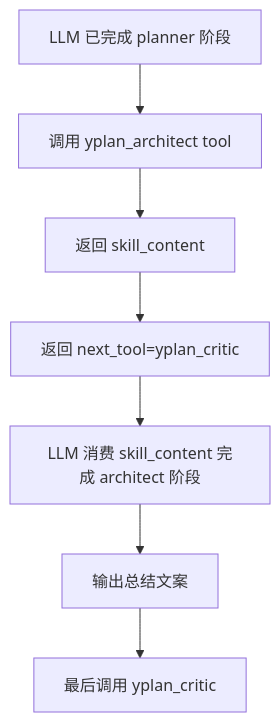
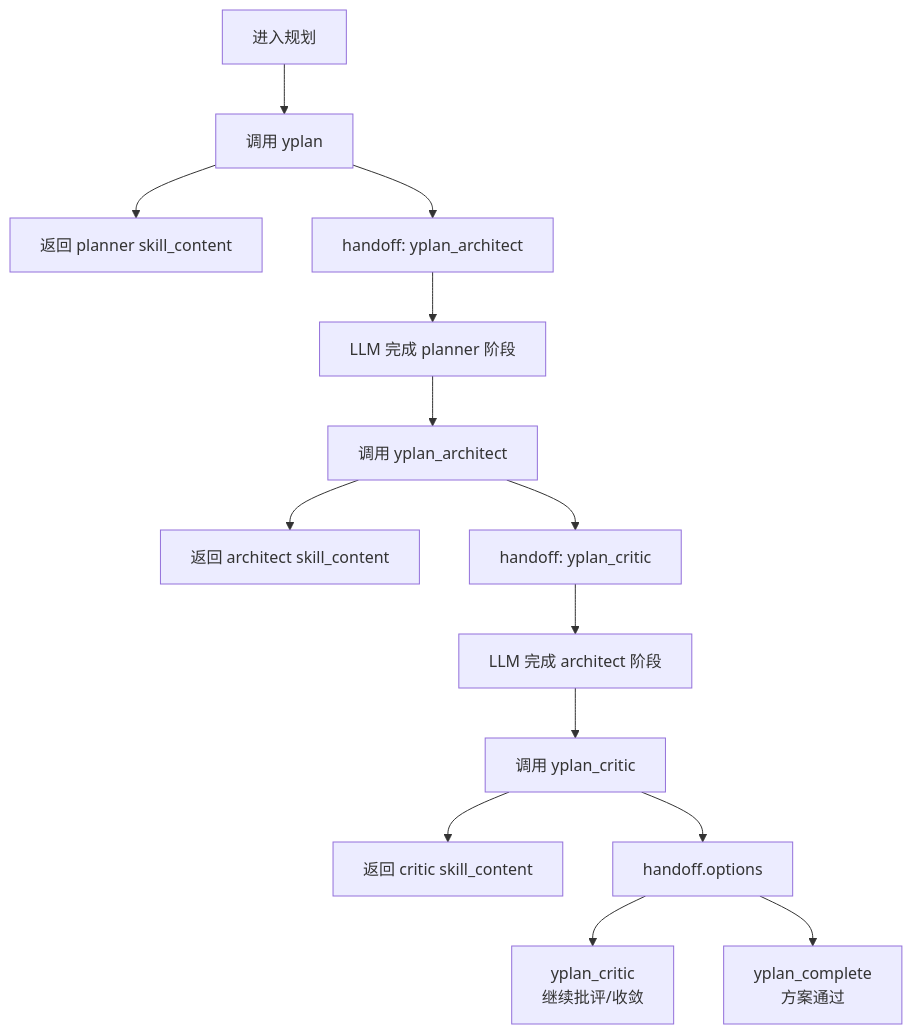
One commit to CodeyLife/Ymcp changed the third of 5 diagrams in docs/current-workflow-flowcharts.md. Above: the diagram before and after it, drawn with Mermaid. The commit also changed other lines of this file and 30 other files, not shown here.

````diff
--- a/docs/current-workflow-flowcharts.md
+++ b/docs/current-workflow-flowcharts.md
@@ -94,9 +51,16 @@
 ```mermaid
 flowchart TD
-    A[LLM 已完成 planner 阶段] --> B[调用 yplan_architect tool]
-    B --> C[返回 skill_content]
-    C --> D[返回 next_tool=yplan_critic]
-    D --> E[LLM 消费 skill_content 完成 architect 阶段]
-    E --> F[输出总结文案]
-    F --> G[最后调用 yplan_critic]
+    A[进入规划] --> B[调用 yplan]
+    B --> C[返回 planner skill_content]
+    B --> D[handoff: yplan_architect]
+    D --> E[LLM 完成 planner 阶段]
+    E --> F[调用 yplan_architect]
+    F --> G[返回 architect skill_content]
+    F --> H[handoff: yplan_critic]
+    H --> I[LLM 完成 architect 阶段]
+    I --> J[调用 yplan_critic]
+    J --> K[返回 critic skill_content]
+    J --> L[handoff.options]
+    L --> M[yplan_critic<br/>继续批评/收敛]
+    L --> N[yplan_complete<br/>方案通过]
 ```
````
